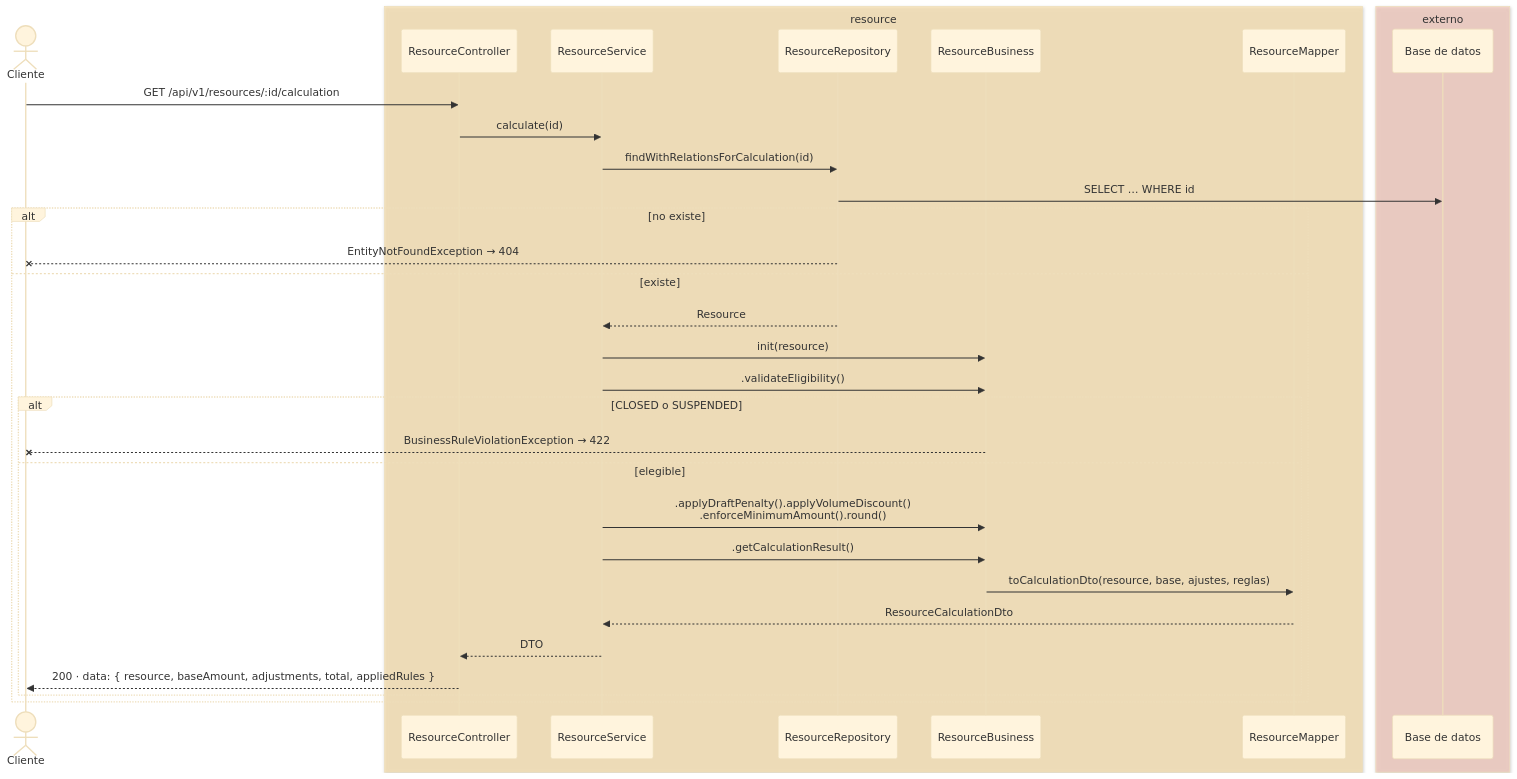
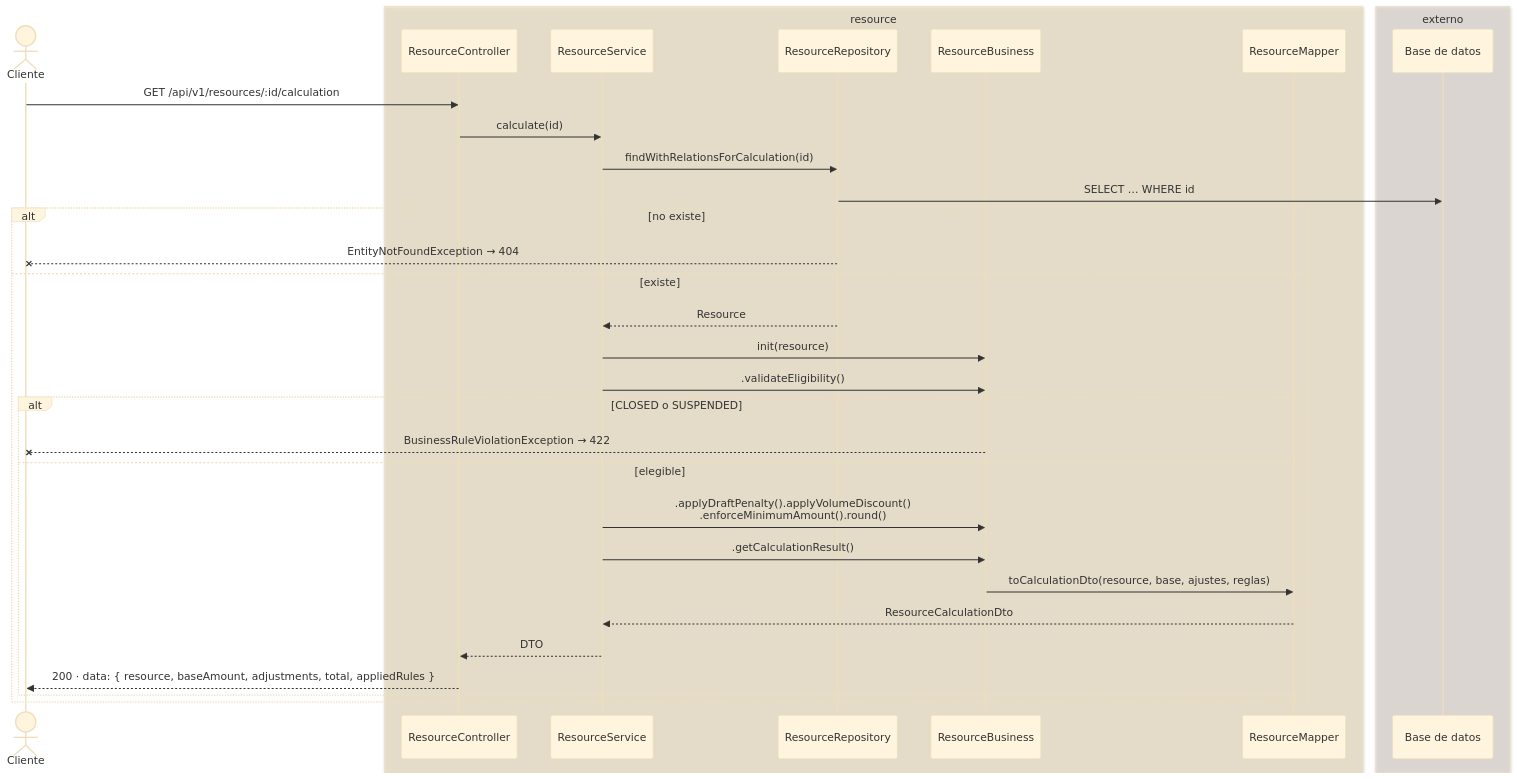
Before and after one commit to pcarroza91/nest-template: the sixth of 19 diagrams in docs/architecture.md, drawn with Mermaid (base theme). The commit also changed other lines of this file and 2 other files, not shown here.

First line of the commit message:
docs(architecture): colores por capa y componente en los diagramas Mermaid

````diff
--- a/docs/architecture.md
+++ b/docs/architecture.md
@@ -232,36 +262,36 @@
 ```mermaid
 sequenceDiagram
     actor CL as Cliente
-    box rgba(253,224,163,0.6) resource
+    box rgba(239,226,192,0.6) resource
         participant C as ResourceController
         participant S as ResourceService
         participant R as ResourceRepository
         participant B as ResourceBusiness
         participant M as ResourceMapper
     end
-    box rgba(246,193,178,0.6) externo
+    box rgba(222,214,206,0.6) externo
         participant DB as Base de datos
     end
 
     CL->>C: GET /api/v1/resources/:id/calculation
     C->>S: calculate(id)
     S->>R: findWithRelationsForCalculation(id)
     R->>DB: SELECT … WHERE id
     alt no existe
         R--xCL: EntityNotFoundException → 404
     else existe
         R-->>S: Resource
         S->>B: init(resource)
         S->>B: .validateEligibility()
         alt CLOSED o SUSPENDED
             B--xCL: BusinessRuleViolationException → 422
         else elegible
             S->>B: .applyDraftPenalty().applyVolumeDiscount()<br/>.enforceMinimumAmount().round()
             S->>B: .getCalculationResult()
             B->>M: toCalculationDto(resource, base, ajustes, reglas)
             M-->>S: ResourceCalculationDto
             S-->>C: DTO
             C-->>CL: 200 · data: { resource, baseAmount, adjustments, total, appliedRules }
         end
     end
 ```
````
